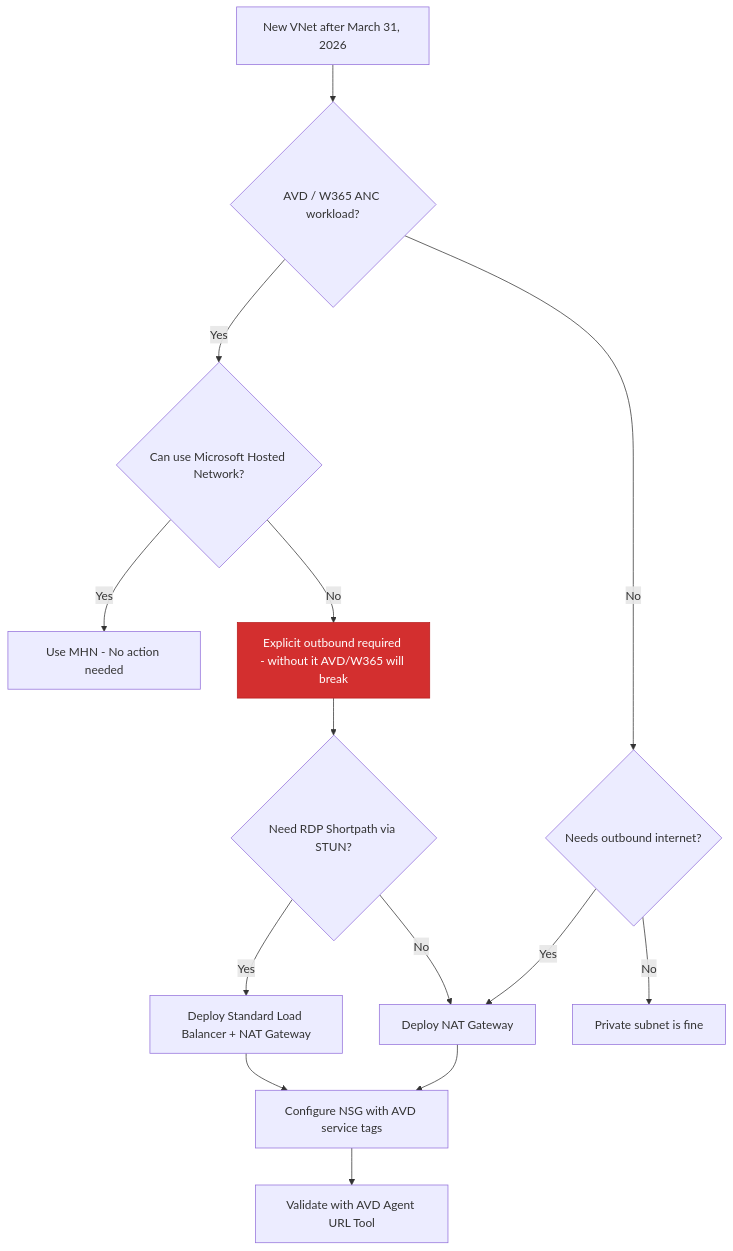
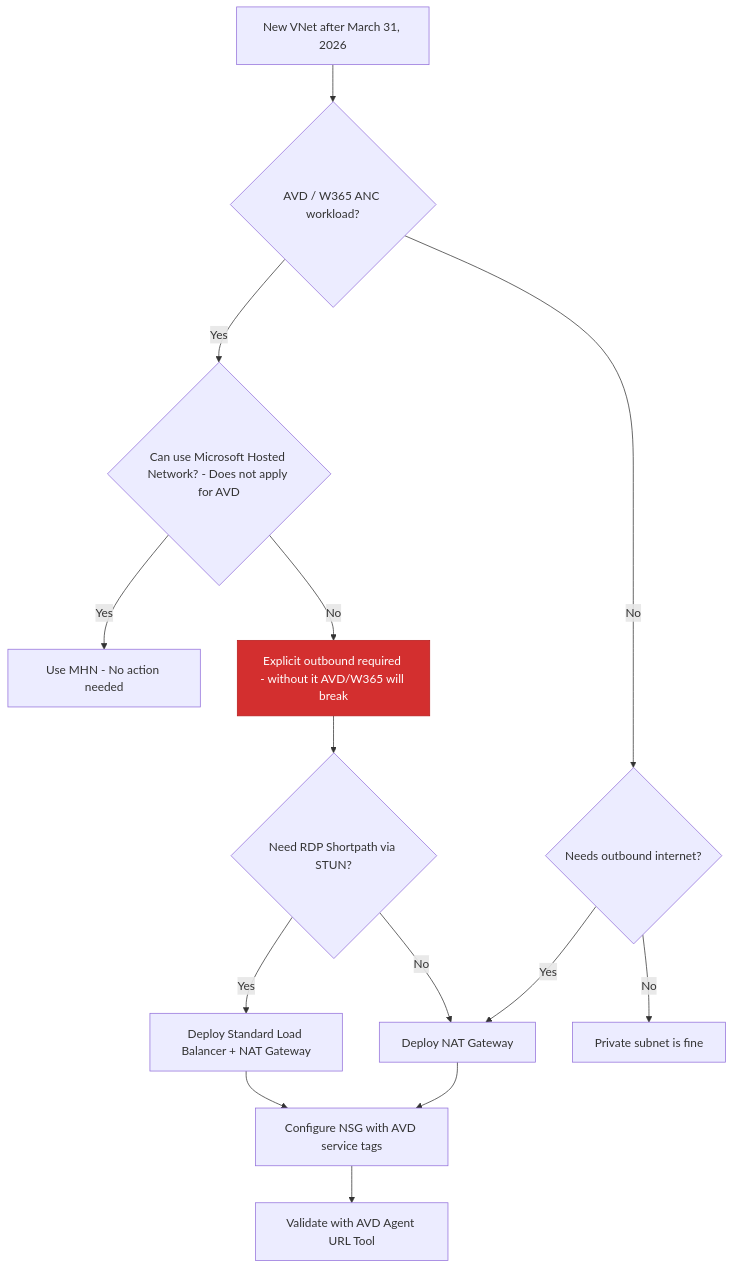
Before and after one commit to BenMartinBaur/benmartinbaur.github.io: the diagram in content/posts/2026-03-13-azure-default-outbound-access-avd/index.md, drawn with Mermaid.

````diff
--- a/content/posts/2026-03-13-azure-default-outbound-access-avd/index.md
+++ b/content/posts/2026-03-13-azure-default-outbound-access-avd/index.md
@@ -123,18 +123,18 @@
 ```mermaid
 flowchart TD
     A[New VNet after March 31, 2026] --> B{AVD / W365 ANC workload?}
-    B -->|Yes| C{Can use Microsoft Hosted Network?}
+    B -->|Yes| C{Can use Microsoft Hosted Network? - Does not apply for AVD}
     C -->|Yes| D[Use MHN - No action needed]
     C -->|No| E[Explicit outbound required - without it AVD/W365 will break]
     E --> F{Need RDP Shortpath via STUN?}
     F -->|Yes| G[Deploy Standard Load Balancer + NAT Gateway]
     F -->|No| H[Deploy NAT Gateway]
     G --> I[Configure NSG with AVD service tags]
     H --> I
     I --> J[Validate with AVD Agent URL Tool]
     B -->|No| K{Needs outbound internet?}
     K -->|Yes| H
     K -->|No| L[Private subnet is fine]
 
     style E fill:#d32f2f,color:#fff,stroke:#b71c1c
 ```
````
